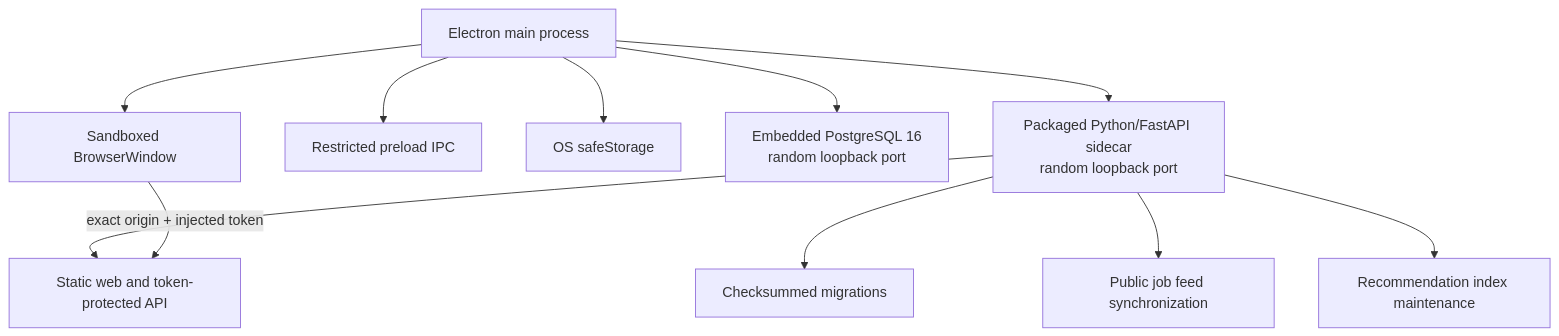
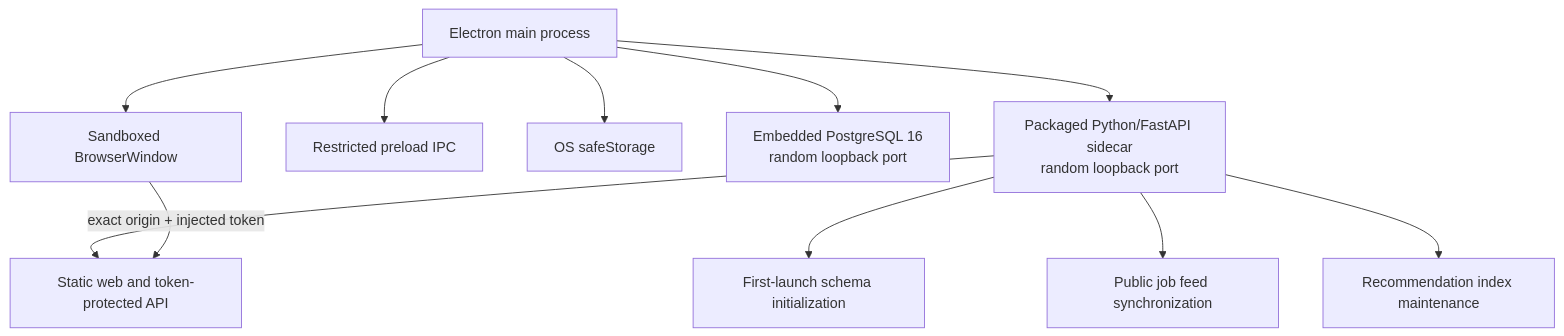
The first of 3 diagrams in docs/DESKTOP.md (KaiusJin/WeCanFindIntern), drawn with Mermaid before and after one commit. The commit also changed other lines of this file and 54 other files, not shown here.

````diff
--- a/docs/DESKTOP.md
+++ b/docs/DESKTOP.md
@@ -11,13 +11,13 @@
 ```mermaid
 flowchart TD
     E[Electron main process] --> R[Sandboxed BrowserWindow]
     E --> I[Restricted preload IPC]
     E --> S[OS safeStorage]
     E --> P[Embedded PostgreSQL 16<br/>random loopback port]
     E --> B[Packaged Python/FastAPI sidecar<br/>random loopback port]
-    B --> M[Checksummed migrations]
+    B --> M[First-launch schema initialization]
     B --> W[Static web and token-protected API]
     B --> C[Public job feed synchronization]
     B --> X[Recommendation index maintenance]
     R -->|exact origin + injected token| W
 ```
````
